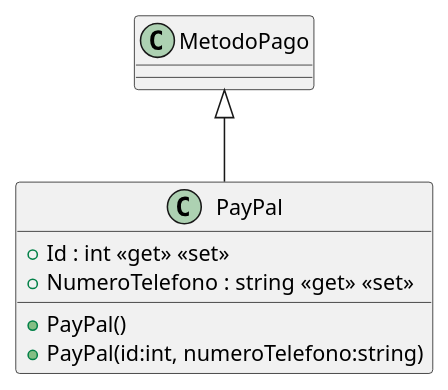
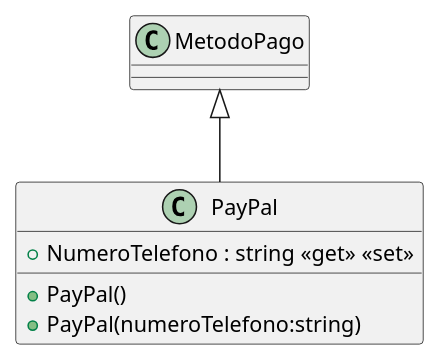
The diagram in src/AppForSEII.API/ClassDiagram/PayPal.puml (ISII2627NeedMoneyForMac/ISII2627NeedMoneyForMac), drawn with PlantUML before and after one commit. The commit also changed 17 other files, not shown here.

```diff
--- a/src/AppForSEII.API/ClassDiagram/PayPal.puml
+++ b/src/AppForSEII.API/ClassDiagram/PayPal.puml
@@ -1,9 +1,8 @@
 @startuml
 class PayPal {
     + PayPal()
-    + PayPal(id:int, numeroTelefono:string)
-    + Id : int <<get>> <<set>>
+    + PayPal(numeroTelefono:string)
     + NumeroTelefono : string <<get>> <<set>>
 }
 MetodoPago <|-- PayPal
 @enduml
```
